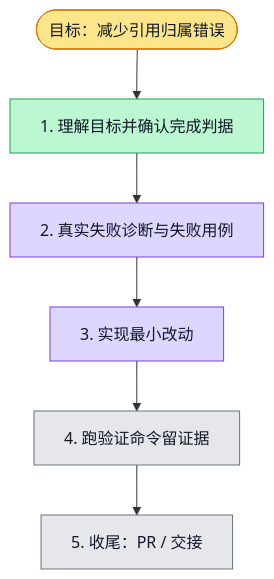
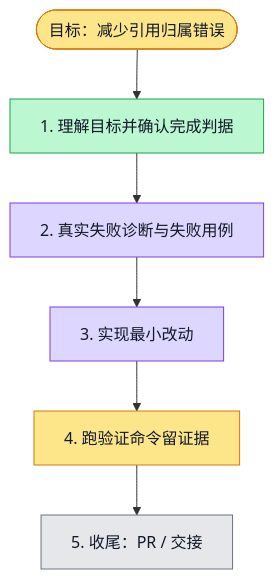
One commit to boardx/workspacex changed the diagram in docs/verification/research-5133/execution-plan.md. Above: the diagram before and after it, drawn with Mermaid. The commit also changed 5 other files, not shown here.

````diff
--- a/docs/verification/research-5133/execution-plan.md
+++ b/docs/verification/research-5133/execution-plan.md
@@ -17,26 +17,26 @@
 ```mermaid
 flowchart TD
   G([目标：减少引用归属错误])
   S1[1. 理解目标并确认完成判据]
   S2[2. 真实失败诊断与失败用例]
   S3[3. 实现最小改动]
   S4[4. 跑验证命令留证据]
   S5[5. 收尾：PR / 交接]
 
   G --> S1 --> S2 --> S3 --> S4 --> S5
 
   classDef todo fill:#e5e7eb,stroke:#6b7280,color:#111827
   classDef doing fill:#fde68a,stroke:#d97706,color:#111827
   classDef done fill:#bbf7d0,stroke:#16a34a,color:#111827
   classDef tested fill:#ddd6fe,stroke:#7c3aed,color:#111827
   classDef blocked fill:#fecaca,stroke:#dc2626,color:#111827
 
   class G doing
   class S1 done
   class S2 tested
   %% evidence S2: /private/tmp/research-5133-red.log: 2 expected failures; /private/tmp/research-5133-regression.log: 106 PASS
   class S3 tested
   %% evidence S3: research-suite-summary.log: 34 files 423 PASS; typecheck.log: exit 0; real-model-result.json: 22 matches 2 calls
-  class S4 todo
+  class S4 doing
   class S5 todo
 ```
````
